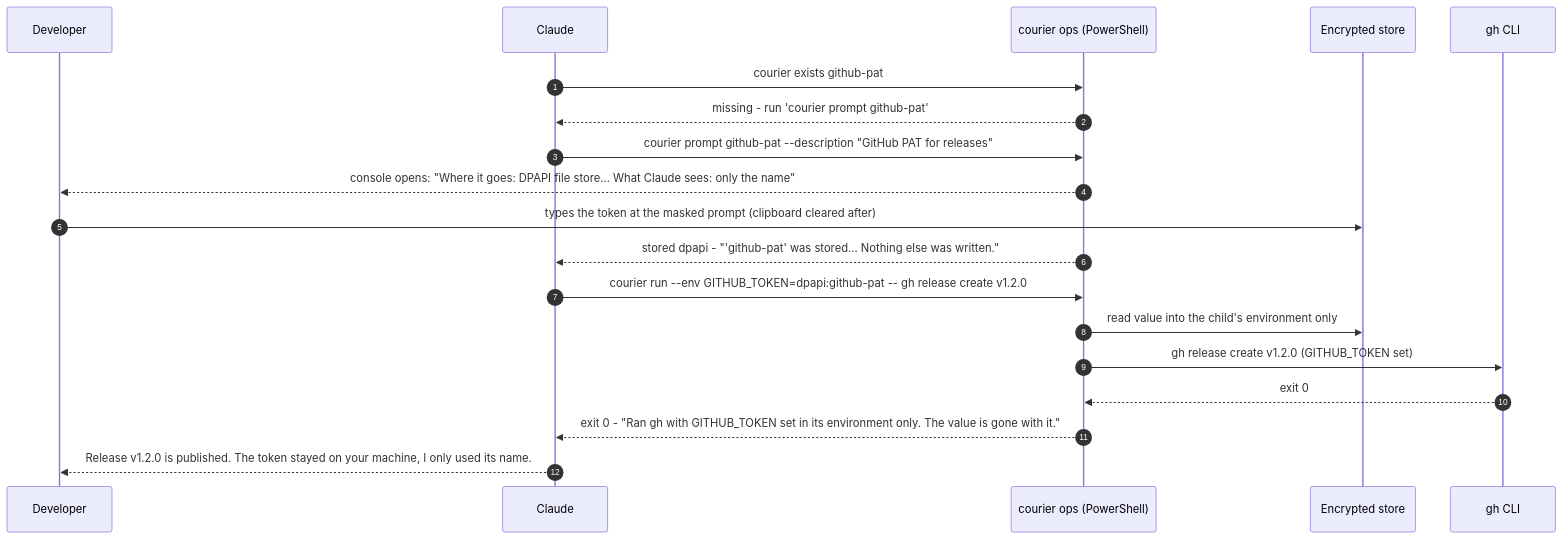
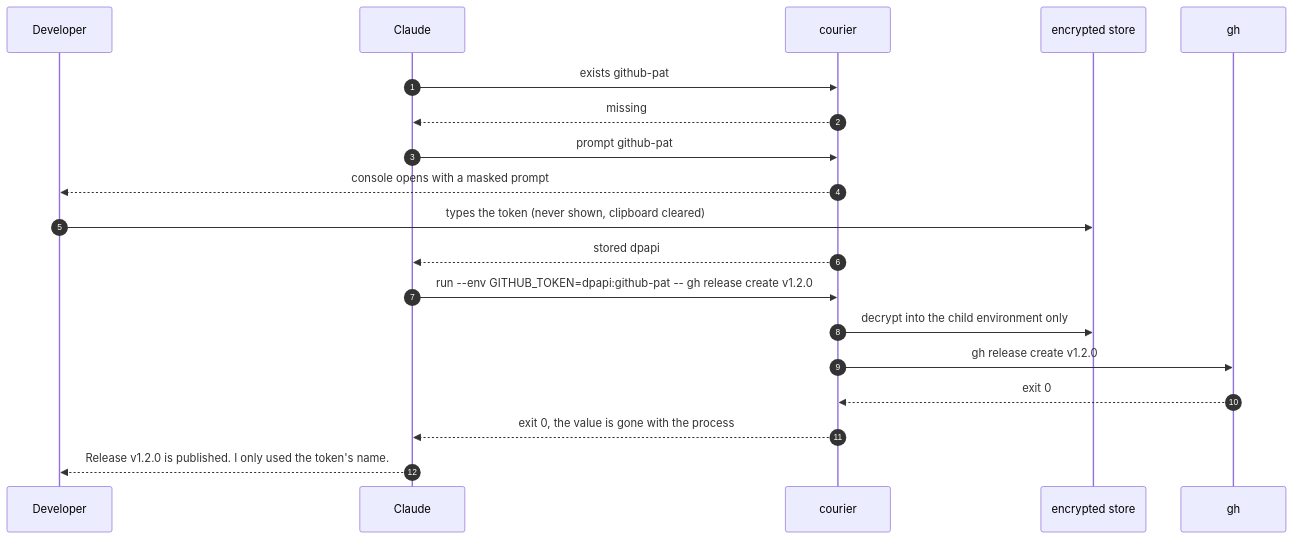
One commit to rankinbc/Secret-Courier-Claude changed the second of 4 diagrams in README.md. Above: the diagram before and after it, drawn with Mermaid. The commit also changed other lines of this file, not shown here.

Commit message:
docs: README as a finished product page - why, how it keeps a secret safe, how it moves one, a session, what the guard refuses, where a value can exist, trust verified

````diff
--- a/README.md
+++ b/README.md
@@ -78,22 +106,22 @@
 ```mermaid
 sequenceDiagram
     autonumber
     participant D as Developer
     participant C as Claude
-    participant O as courier ops (PowerShell)
-    participant S as Encrypted store
-    participant G as gh CLI
+    participant O as courier
+    participant S as encrypted store
+    participant G as gh
 
-    C->>O: courier exists github-pat
-    O-->>C: missing - run 'courier prompt github-pat'
-    C->>O: courier prompt github-pat --description "GitHub PAT for releases"
-    O-->>D: console opens: "Where it goes: DPAPI file store... What Claude sees: only the name"
-    D->>S: types the token at the masked prompt (clipboard cleared after)
-    O-->>C: stored dpapi - "'github-pat' was stored... Nothing else was written."
-    C->>O: courier run --env GITHUB_TOKEN=dpapi:github-pat -- gh release create v1.2.0
-    O->>S: read value into the child's environment only
-    O->>G: gh release create v1.2.0 (GITHUB_TOKEN set)
+    C->>O: exists github-pat
+    O-->>C: missing
+    C->>O: prompt github-pat
+    O-->>D: console opens with a masked prompt
+    D->>S: types the token (never shown, clipboard cleared)
+    O-->>C: stored dpapi
+    C->>O: run --env GITHUB_TOKEN=dpapi:github-pat -- gh release create v1.2.0
+    O->>S: decrypt into the child environment only
+    O->>G: gh release create v1.2.0
     G-->>O: exit 0
-    O-->>C: exit 0 - "Ran gh with GITHUB_TOKEN set in its environment only. The value is gone with it."
-    C-->>D: Release v1.2.0 is published. The token stayed on your machine, I only used its name.
+    O-->>C: exit 0, the value is gone with the process
+    C-->>D: Release v1.2.0 is published. I only used the token's name.
 ```
````
